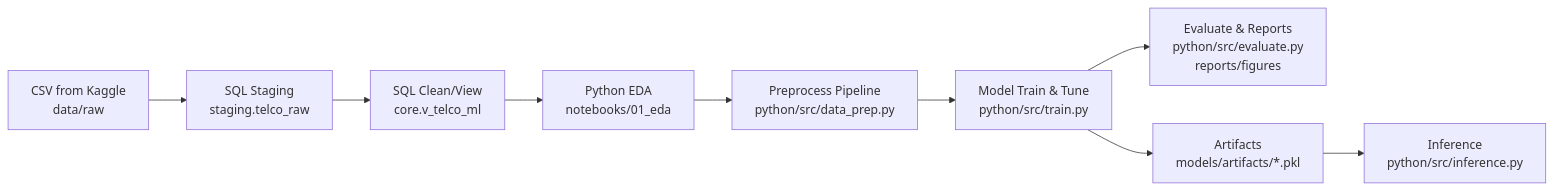
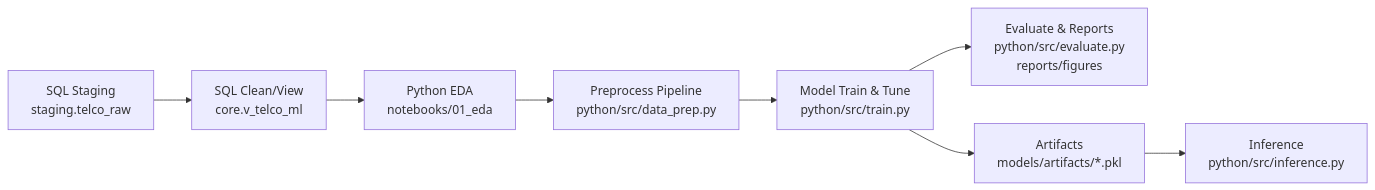
Before and after one commit to hastitajik/customer_churn_prediction: the diagram in README.md, drawn with Mermaid.

````diff
--- a/README.md
+++ b/README.md
@@ -44,11 +44,10 @@
 ```mermaid
 flowchart LR
-  A[CSV from Kaggle<br/>data/raw] --> B[SQL Staging<br/>staging.telco_raw]
-  B --> C[SQL Clean/View<br/>core.v_telco_ml]
+  B[SQL Staging<br/>staging.telco_raw] --> C[SQL Clean/View<br/>core.v_telco_ml]
   C --> D[Python EDA<br/>notebooks/01_eda]
   D --> E[Preprocess Pipeline<br/>python/src/data_prep.py]
   E --> F[Model Train & Tune<br/>python/src/train.py]
   F --> G[Evaluate & Reports<br/>python/src/evaluate.py<br/>reports/figures]
   F --> H[Artifacts<br/>models/artifacts/*.pkl]
   H --> I[Inference<br/>python/src/inference.py]
 ```
````
